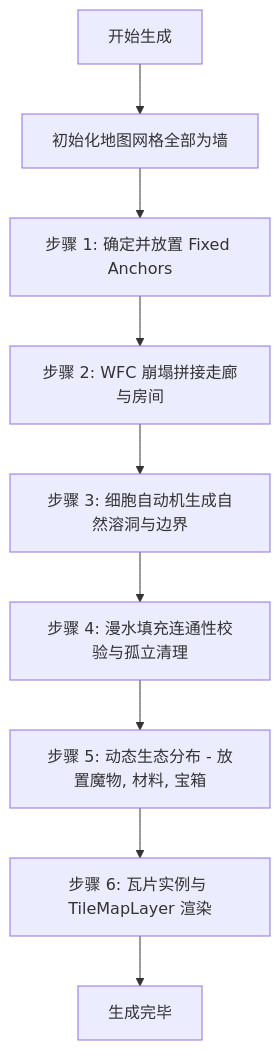
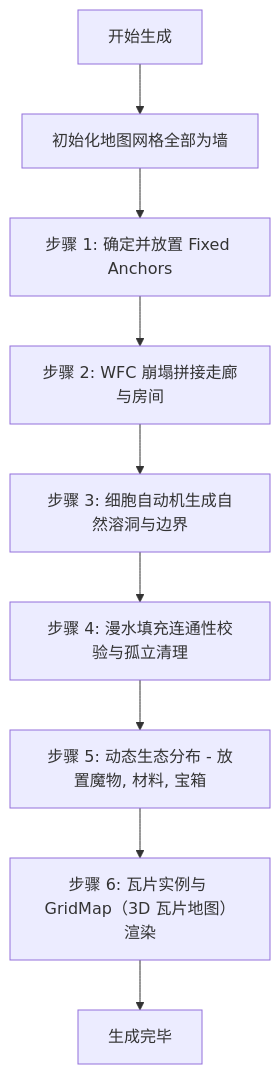
Before and after one commit to sanguodxj-byte/Lantern-Tavern: the diagram in docs/16-技术架构与代码设计.md, drawn with Mermaid. The commit also changed other lines of this file and 4149 other files, not shown here.

````diff
--- a/docs/16-技术架构与代码设计.md
+++ b/docs/16-技术架构与代码设计.md
@@ -574,11 +578,11 @@
 ```mermaid
 graph TD
     A[开始生成] --> B[初始化地图网格全部为墙]
     B --> C[步骤 1: 确定并放置 Fixed Anchors]
     C --> D[步骤 2: WFC 崩塌拼接走廊与房间]
     D --> E[步骤 3: 细胞自动机生成自然溶洞与边界]
     E --> F[步骤 4: 漫水填充连通性校验与孤立清理]
     F --> G[步骤 5: 动态生态分布 - 放置魔物, 材料, 宝箱]
-    G --> H[步骤 6: 瓦片实例与 TileMapLayer 渲染]
+    G --> H[步骤 6: 瓦片实例与 GridMap（3D 瓦片地图）渲染]
     H --> I[生成完毕]
 ```
````
